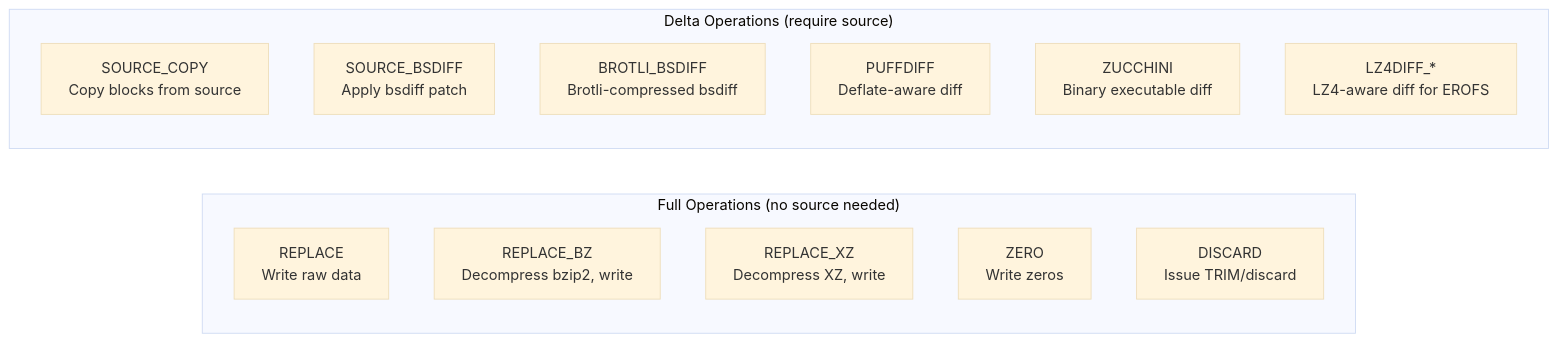
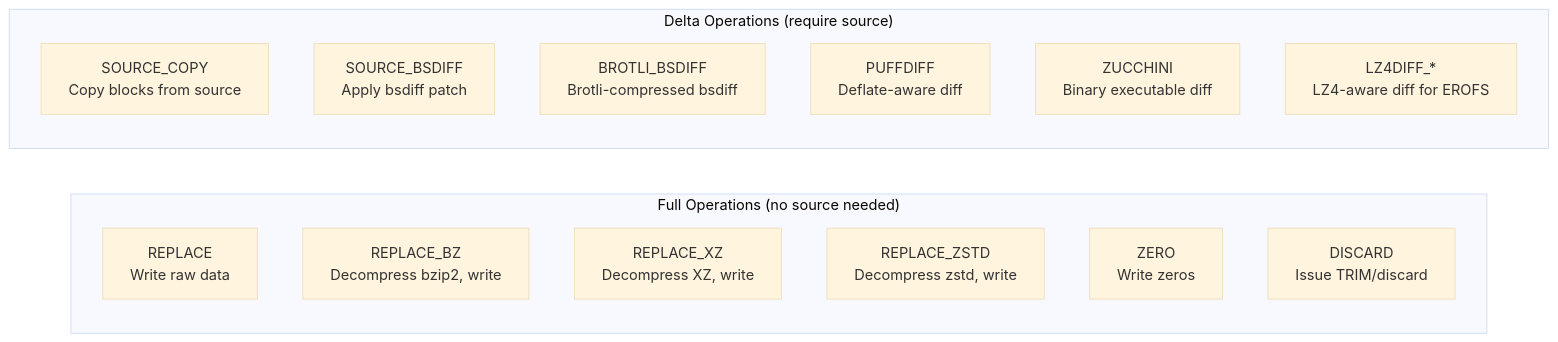
The seventh of 37 diagrams in agents/claude/skills/aosp-infrastructure/53-ota-updates.md (aospbooks/aosp-internal-book), drawn with Mermaid (base theme) before and after one commit. The commit also changed other lines of this file and 232 other files, not shown here.

````diff
--- a/agents/claude/skills/aosp-infrastructure/53-ota-updates.md
+++ b/agents/claude/skills/aosp-infrastructure/53-ota-updates.md
@@ -586,19 +631,20 @@
 ```mermaid
 flowchart LR
     subgraph "Full Operations (no source needed)"
         REPLACE["REPLACE<br/>Write raw data"]
         REPLACE_BZ["REPLACE_BZ<br/>Decompress bzip2, write"]
         REPLACE_XZ["REPLACE_XZ<br/>Decompress XZ, write"]
+        REPLACE_ZSTD["REPLACE_ZSTD<br/>Decompress zstd, write"]
         ZERO["ZERO<br/>Write zeros"]
         DISCARD["DISCARD<br/>Issue TRIM/discard"]
     end
 
     subgraph "Delta Operations (require source)"
         SOURCE_COPY["SOURCE_COPY<br/>Copy blocks from source"]
         SOURCE_BSDIFF["SOURCE_BSDIFF<br/>Apply bsdiff patch"]
         BROTLI_BSDIFF["BROTLI_BSDIFF<br/>Brotli-compressed bsdiff"]
         PUFFDIFF["PUFFDIFF<br/>Deflate-aware diff"]
         ZUCCHINI["ZUCCHINI<br/>Binary executable diff"]
         LZ4DIFF["LZ4DIFF_*<br/>LZ4-aware diff for EROFS"]
     end
 ```
````
